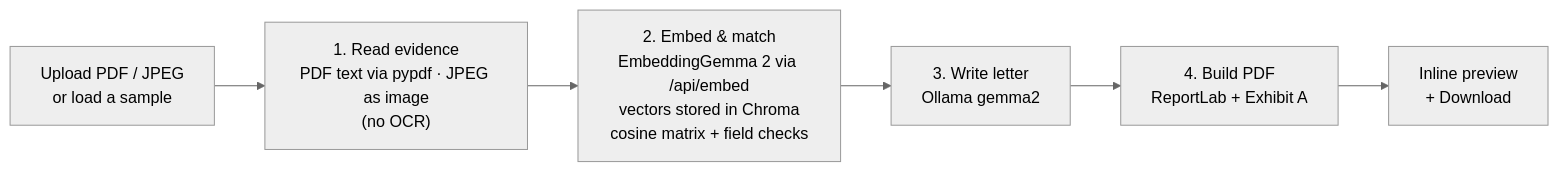
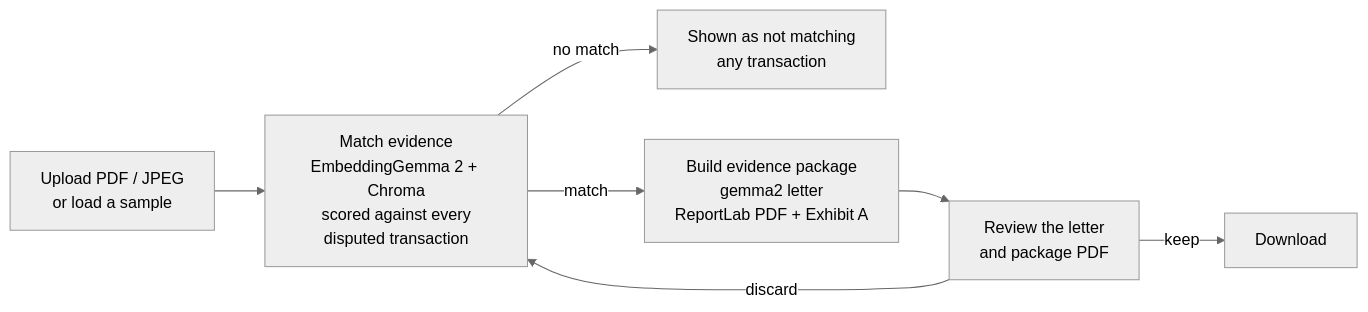
Before and after one commit to rajatrao/payment_intelligence: the diagram in README.md, drawn with Mermaid (neutral theme). The commit also changed other lines of this file and 6 other files, not shown here.

First line of the commit message:
Separate evidence matching from package building

````diff
--- a/README.md
+++ b/README.md
@@ -20,8 +20,9 @@
 ```mermaid
 flowchart LR
-    A["Upload PDF / JPEG<br/>or load a sample"] --> B["1. Read evidence<br/>PDF text via pypdf · JPEG as image<br/>(no OCR)"]
-    B --> C["2. Embed & match<br/>EmbeddingGemma 2 via /api/embed<br/>vectors stored in Chroma<br/>cosine matrix + field checks"]
-    C --> D["3. Write letter<br/>Ollama gemma2"]
-    D --> E["4. Build PDF<br/>ReportLab + Exhibit A"]
-    E --> F["Inline preview<br/>+ Download"]
+    A["Upload PDF / JPEG<br/>or load a sample"] --> B["Match evidence<br/>EmbeddingGemma 2 + Chroma<br/>scored against every<br/>disputed transaction"]
+    B -->|"no match"| X["Shown as not matching<br/>any transaction"]
+    B -->|"match"| D["Build evidence package<br/>gemma2 letter<br/>ReportLab PDF + Exhibit A"]
+    D --> F["Review the letter<br/>and package PDF"]
+    F -->|"keep"| G["Download"]
+    F -->|"discard"| B
 ```
````
